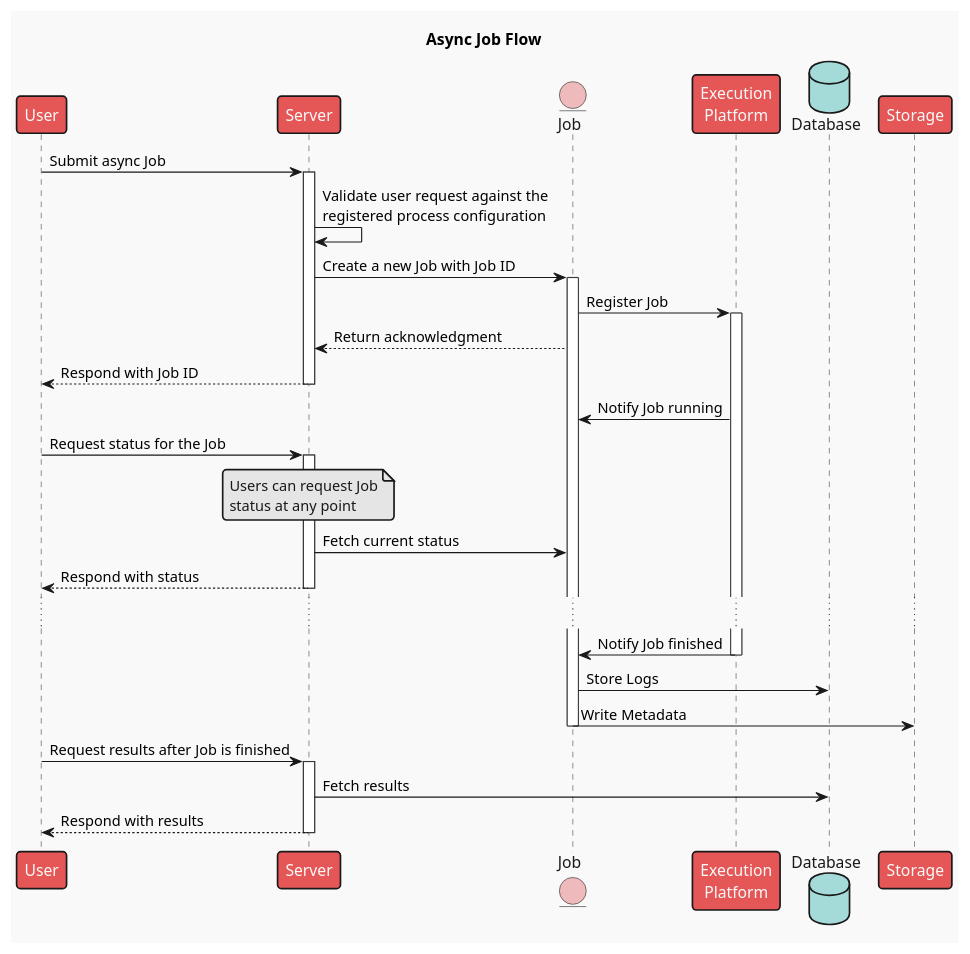
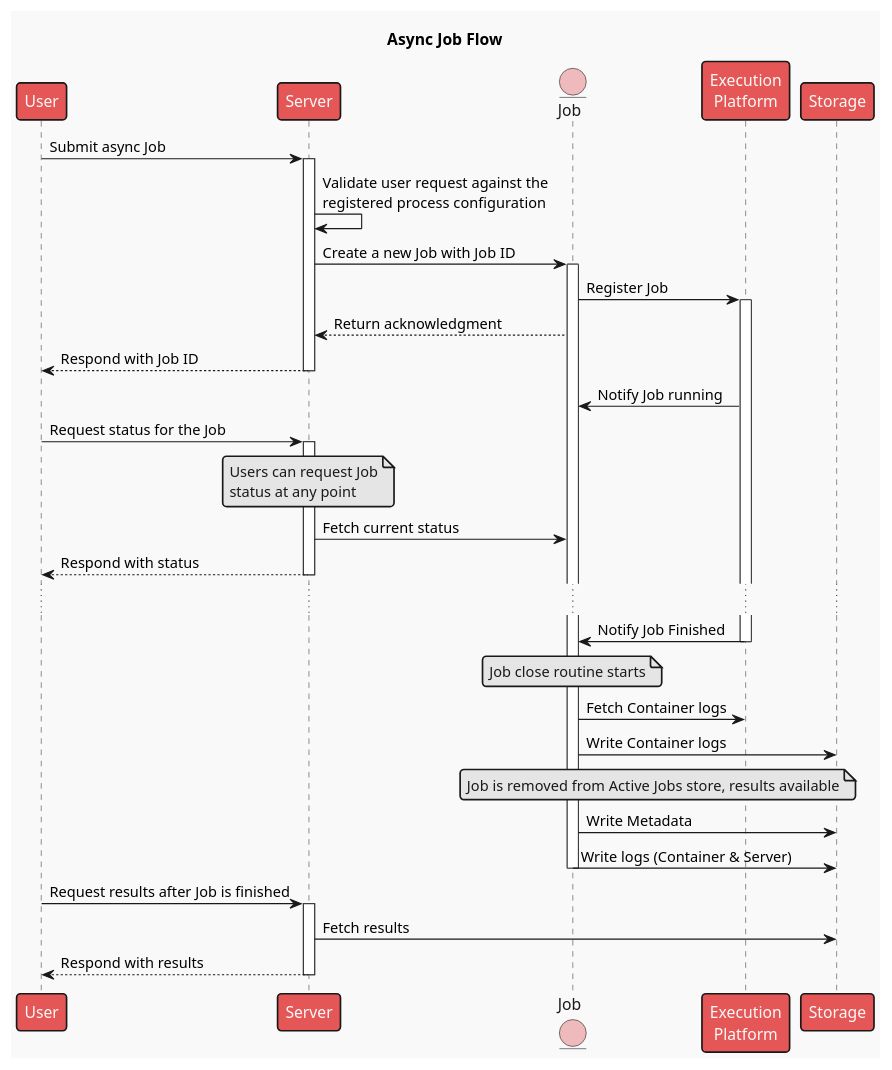
One commit to Dewberry/process-api changed the diagram in imgs/umls/sequence-diagrams/async-job.puml. Above: the diagram before and after it, drawn with PlantUML. The commit also changed 4 other files, not shown here.

Commit message:
Update UML diagrams

```diff
--- a/imgs/umls/sequence-diagrams/async-job.puml
+++ b/imgs/umls/sequence-diagrams/async-job.puml
@@ -1,49 +1,55 @@
 @startuml async-Job
 !theme mars
 
 title Async Job Flow
 
 participant User
 participant Server
 entity Job
 participant "Execution\nPlatform"
-database Database
 participant Storage
 
 User -> Server: Submit async Job
 activate Server
 
 Server -> Server: Validate user request against the\nregistered process configuration
 
 Server -> Job: Create a new Job with Job ID
 activate Job
 Job -> "Execution\nPlatform": Register Job
 activate "Execution\nPlatform"
 
 Job --> Server: Return acknowledgment
 Server --> User: Respond with Job ID
 deactivate Server
 
 "Execution\nPlatform" -> Job: Notify Job running
 
 User -> Server: Request status for the Job
 Note over Server: Users can request Job\nstatus at any point
 activate Server
 Server -> Job: Fetch current status
 Server --> User: Respond with status
 deactivate Server
 
 ...
-"Execution\nPlatform" -> Job: Notify Job finished
+"Execution\nPlatform" -> Job: Notify Job Finished
 deactivate "Execution\nPlatform"
-Job -> Database: Store Logs
+
+note over Job: Job close routine starts
+
+Job -> "Execution\nPlatform": Fetch Container logs
+Job -> Storage: Write Container logs
+note over Job, "Execution\nPlatform": Job is removed from Active Jobs store, results available
 Job -> Storage: Write Metadata
+
+Job -> Storage: Write logs (Container & Server)
 deactivate Job
 
 User -> Server: Request results after Job is finished
 activate Server
-Server -> Database: Fetch results
+Server -> Storage: Fetch results
 Server --> User: Respond with results
 deactivate Server
 
 @enduml
```
